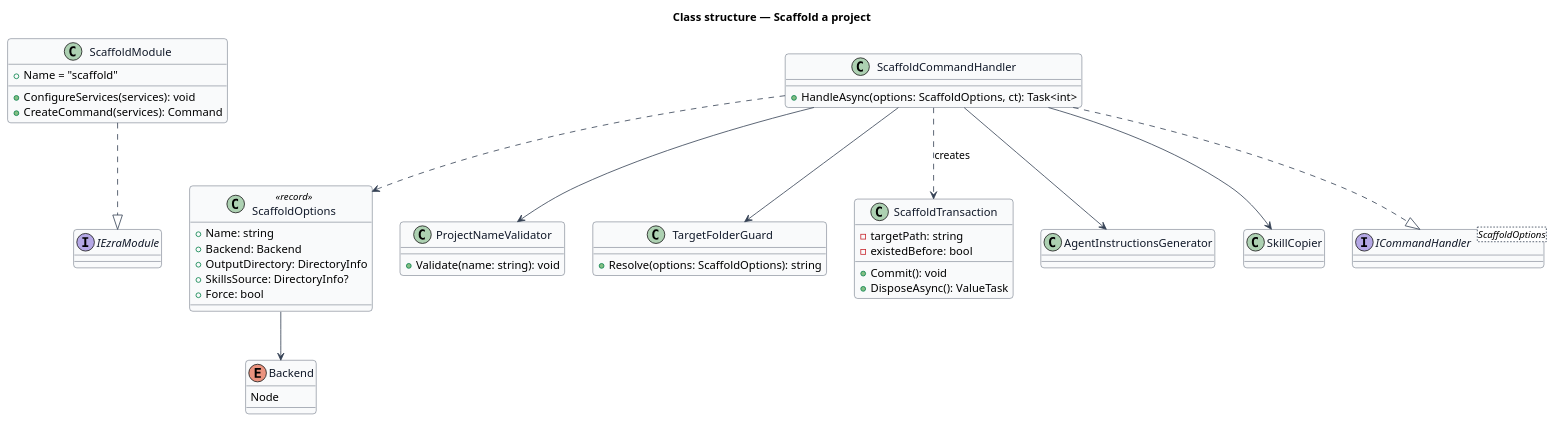
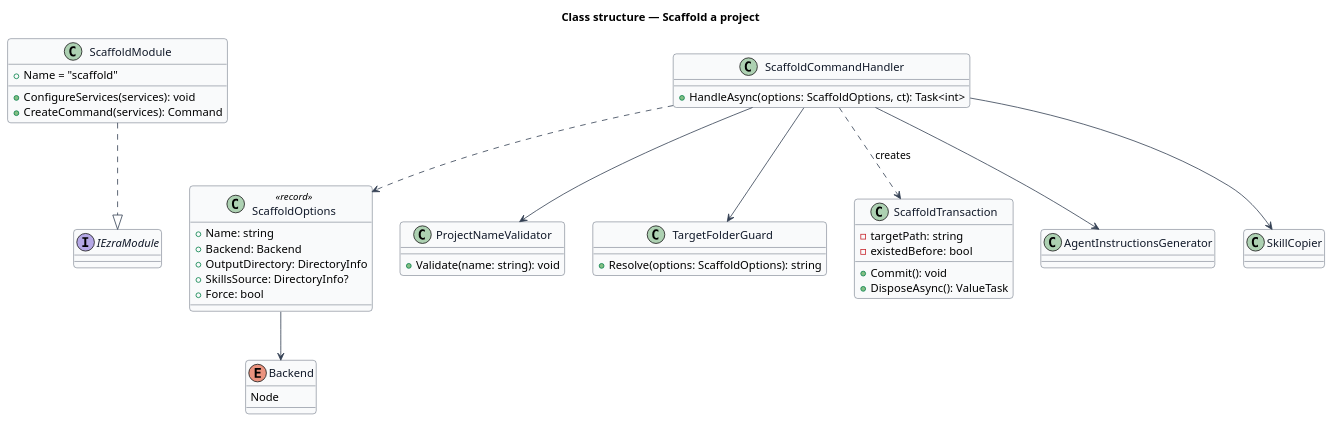
Before and after one commit to QuinntyneBrown/ezra: the diagram in docs/detailed-designs/scaffold/scaffold-project/diagrams/class-structure.puml, drawn with PlantUML. The commit also changed 26 other files, not shown here.

```diff
--- a/docs/detailed-designs/scaffold/scaffold-project/diagrams/class-structure.puml
+++ b/docs/detailed-designs/scaffold/scaffold-project/diagrams/class-structure.puml
@@ -1,57 +1,55 @@
 @startuml
 skinparam backgroundColor #FFFFFF
 skinparam shadowing false
 skinparam roundcorner 8
 skinparam defaultFontName Arial
 skinparam ArrowColor #344054
 skinparam class {
   BorderColor #344054
   FontColor #101828
   BackgroundColor #F9FAFB
 }
 title Class structure — Scaffold a project
 
 class ScaffoldModule {
   +Name = "scaffold"
   +ConfigureServices(services): void
   +CreateCommand(services): Command
 }
 class ScaffoldOptions <<record>> {
   +Name: string
   +Backend: Backend
   +OutputDirectory: DirectoryInfo
   +SkillsSource: DirectoryInfo?
   +Force: bool
 }
 enum Backend {
   Node
 }
 class ScaffoldCommandHandler {
   +HandleAsync(options: ScaffoldOptions, ct): Task<int>
 }
 class ProjectNameValidator {
   +Validate(name: string): void
 }
 class TargetFolderGuard {
   +Resolve(options: ScaffoldOptions): string
 }
 class ScaffoldTransaction {
   -targetPath: string
   -existedBefore: bool
   +Commit(): void
   +DisposeAsync(): ValueTask
 }
 class AgentInstructionsGenerator
 class SkillCopier
 interface IEzraModule
-interface "ICommandHandler<ScaffoldOptions>" as H
 ScaffoldModule ..|> IEzraModule
-ScaffoldCommandHandler ..|> H
 ScaffoldOptions --> Backend
 ScaffoldCommandHandler ..> ScaffoldOptions
 ScaffoldCommandHandler --> ProjectNameValidator
 ScaffoldCommandHandler --> TargetFolderGuard
 ScaffoldCommandHandler ..> ScaffoldTransaction : creates
 ScaffoldCommandHandler --> AgentInstructionsGenerator
 ScaffoldCommandHandler --> SkillCopier
 @enduml
```
